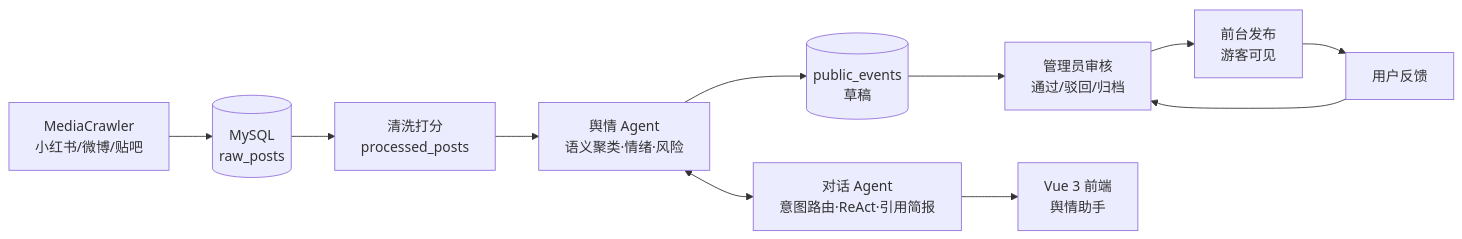
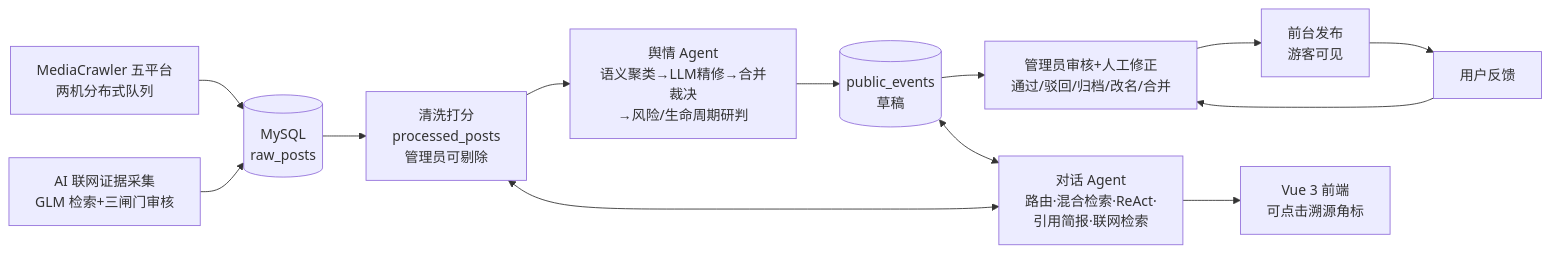
The diagram in docs/demo-guide.md (begger2025/campus-ai-agent), drawn with Mermaid before and after one commit. The commit also changed other lines of this file, not shown here.

````diff
--- a/docs/demo-guide.md
+++ b/docs/demo-guide.md
@@ -48,12 +55,13 @@
 ```mermaid
 flowchart LR
-    A[MediaCrawler<br/>小红书/微博/贴吧] --> B[(MySQL<br/>raw_posts)]
-    B --> C[清洗打分<br/>processed_posts]
-    C --> D[舆情 Agent<br/>语义聚类·情绪·风险]
+    A[MediaCrawler 五平台<br/>两机分布式队列] --> B[(MySQL<br/>raw_posts)]
+    W[AI 联网证据采集<br/>GLM 检索+三闸门审核] --> B
+    B --> C[清洗打分<br/>processed_posts<br/>管理员可剔除]
+    C --> D[舆情 Agent<br/>语义聚类→LLM精修→合并裁决<br/>→风险/生命周期研判]
     D --> E[(public_events<br/>草稿)]
-    E --> F[管理员审核<br/>通过/驳回/归档]
+    E --> F[管理员审核+人工修正<br/>通过/驳回/归档/改名/合并]
     F --> G[前台发布<br/>游客可见]
     G --> H[用户反馈] --> F
-    D <--> I[对话 Agent<br/>意图路由·ReAct·引用简报]
-    I --> J[Vue 3 前端<br/>舆情助手]
+    C & E <--> I[对话 Agent<br/>路由·混合检索·ReAct·<br/>引用简报·联网检索]
+    I --> J[Vue 3 前端<br/>可点击溯源角标]
 ```
````
